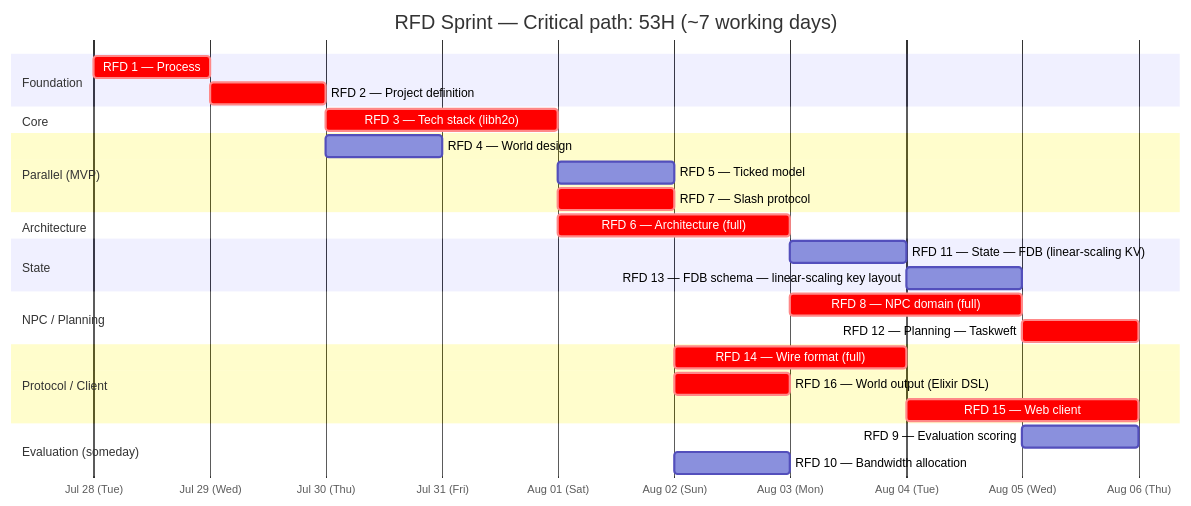
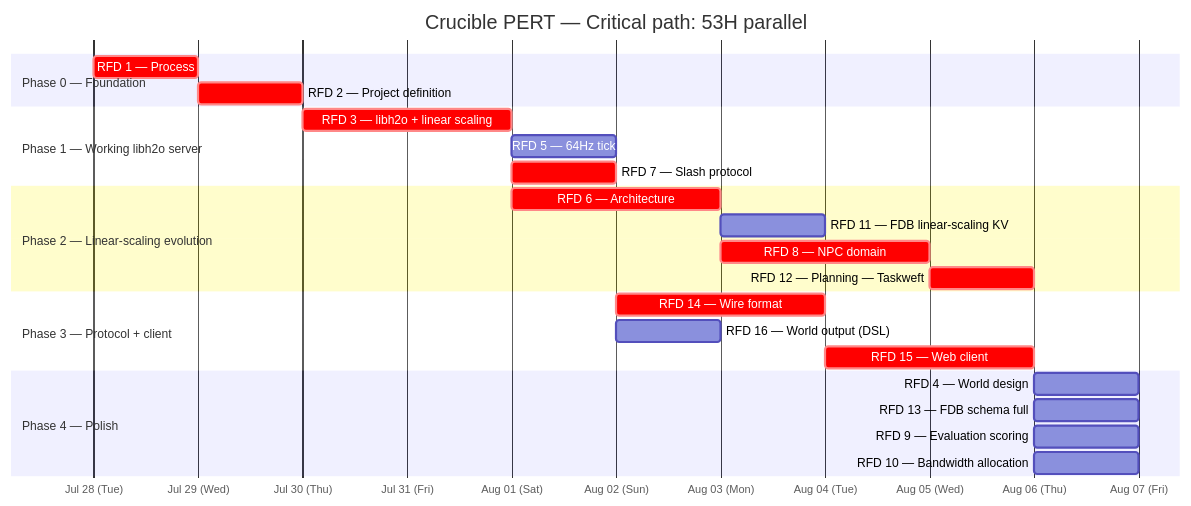
Before and after one commit to taskweft/crucible-rfd: the second of 2 diagrams in PERT_PLAN.md, drawn with Mermaid. The commit also changed other lines of this file, not shown here.

Commit message:
Restructure PERT plan around Gall's Law and libh2o linear scaling

````diff
--- a/PERT_PLAN.md
+++ b/PERT_PLAN.md
@@ -46,38 +107,32 @@
 ```mermaid
 gantt
-    title RFD Sprint — Critical path: 53H (~7 working days)
+    title Crucible PERT — Critical path: 53H parallel
     dateFormat  YYYY-MM-DD
     axisFormat  %b %d (%a)
 
-    section Foundation
+    section Phase 0 — Foundation
     RFD 1 — Process               :crit, r1, 2026-07-28, 1d
     RFD 2 — Project definition    :crit, r2, after r1, 1d
 
-    section Core
-    RFD 3 — Tech stack (libh2o)   :crit, r3, after r2, 2d
-
-    section Parallel (MVP)
-    RFD 4 — World design          :r4, after r2, 1d
-    RFD 5 — Ticked model          :r5, after r3, 0.5d
+    section Phase 1 — Working libh2o server
+    RFD 3 — libh2o + linear scaling :crit, r3, after r2, 2d
+    RFD 5 — 64Hz tick             :r5, after r3, 0.5d
     RFD 7 — Slash protocol        :crit, r7, after r3, 0.75d
 
-    section Architecture
-    RFD 6 — Architecture (full)   :crit, r6, after r3, 1.5d
-
-    section State
-    RFD 11 — State — FDB (linear-scaling KV)  :r11, after r6, 1d
-    RFD 13 — FDB schema — linear-scaling key layout    :r13, after r11, 1d
-
-    section NPC / Planning
-    RFD 8 — NPC domain (full)     :crit, r8, after r6, 1.5d
+    section Phase 2 — Linear-scaling evolution
+    RFD 6 — Architecture          :crit, r6, after r3, 1.5d
+    RFD 11 — FDB linear-scaling KV:r11, after r6, 1d
+    RFD 8 — NPC domain            :crit, r8, after r6, 1.5d
     RFD 12 — Planning — Taskweft  :crit, r12, after r8, 1d
 
-    section Protocol / Client
-    RFD 14 — Wire format (full)   :crit, r14, after r7, 1.5d
-    RFD 16 — World output (Elixir DSL) :crit, r16, after r7, 0.5d
+    section Phase 3 — Protocol + client
+    RFD 14 — Wire format          :crit, r14, after r7, 1.5d
+    RFD 16 — World output (DSL)   :r16, after r7, 0.5d
     RFD 15 — Web client           :crit, r15, after r14, 2d
 
-    section Evaluation (someday)
-    RFD 9 — Evaluation scoring    :r9, after r8, 1d
-    RFD 10 — Bandwidth allocation  :r10, after r5, 1d
+    section Phase 4 — Polish
+    RFD 4 — World design          :r4, after r15, 1d
+    RFD 13 — FDB schema full      :r13, after r15, 1d
+    RFD 9 — Evaluation scoring    :r9, after r15, 1d
+    RFD 10 — Bandwidth allocation  :r10, after r15, 1d
 ```
````
